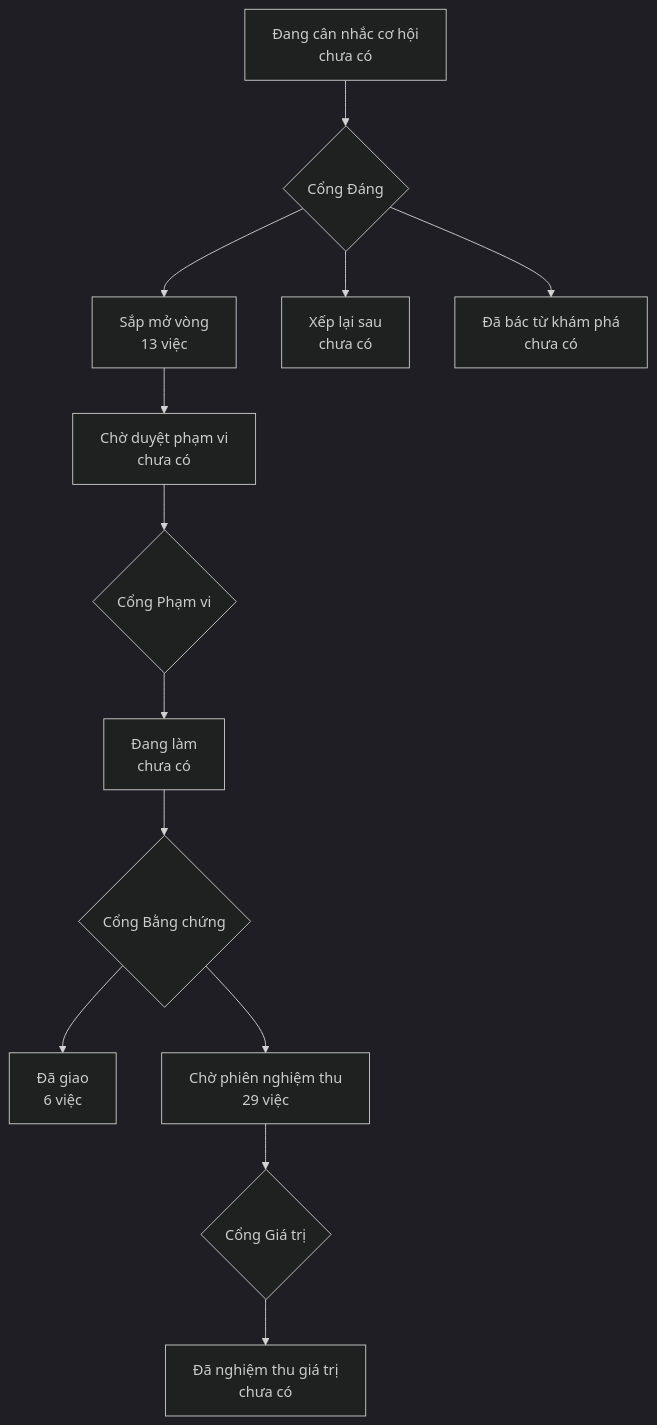
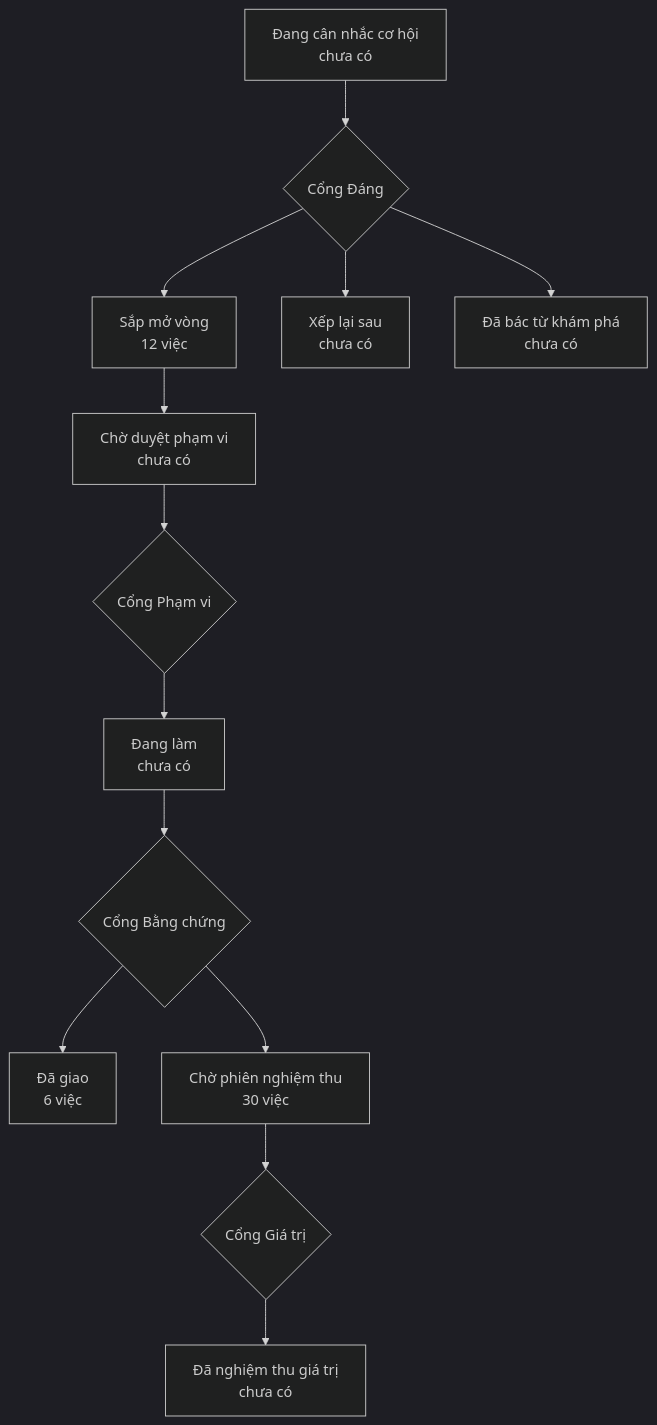
The diagram in PRODUCT-MAP.md (phanlemanh/onehub-quy-hang), drawn with Mermaid (dark theme) before and after one commit. The commit also changed 1 other file, not shown here.

Commit message:
chore: vẽ lại bản đồ và trang lộ trình sau gộp main

````diff
--- a/PRODUCT-MAP.md
+++ b/PRODUCT-MAP.md
@@ -7,12 +7,12 @@
 ```mermaid
 flowchart TD
   A["Đang cân nhắc cơ hội<br/>chưa có"] --> GD{"Cổng Đáng"}
-  GD --> B["Sắp mở vòng<br/>13 việc"]
+  GD --> B["Sắp mở vòng<br/>12 việc"]
   GD --> XL["Xếp lại sau<br/>chưa có"]
   GD --> DB["Đã bác từ khám phá<br/>chưa có"]
   B --> CD["Chờ duyệt phạm vi<br/>chưa có"] --> GP{"Cổng Phạm vi"}
   GP --> DL["Đang làm<br/>chưa có"] --> GB{"Cổng Bằng chứng"}
   GB --> DG["Đã giao<br/>6 việc"]
-  GB --> CN["Chờ phiên nghiệm thu<br/>29 việc"] --> GG{"Cổng Giá trị"}
+  GB --> CN["Chờ phiên nghiệm thu<br/>30 việc"] --> GG{"Cổng Giá trị"}
   GG --> NT["Đã nghiệm thu giá trị<br/>chưa có"]
 ```
````
